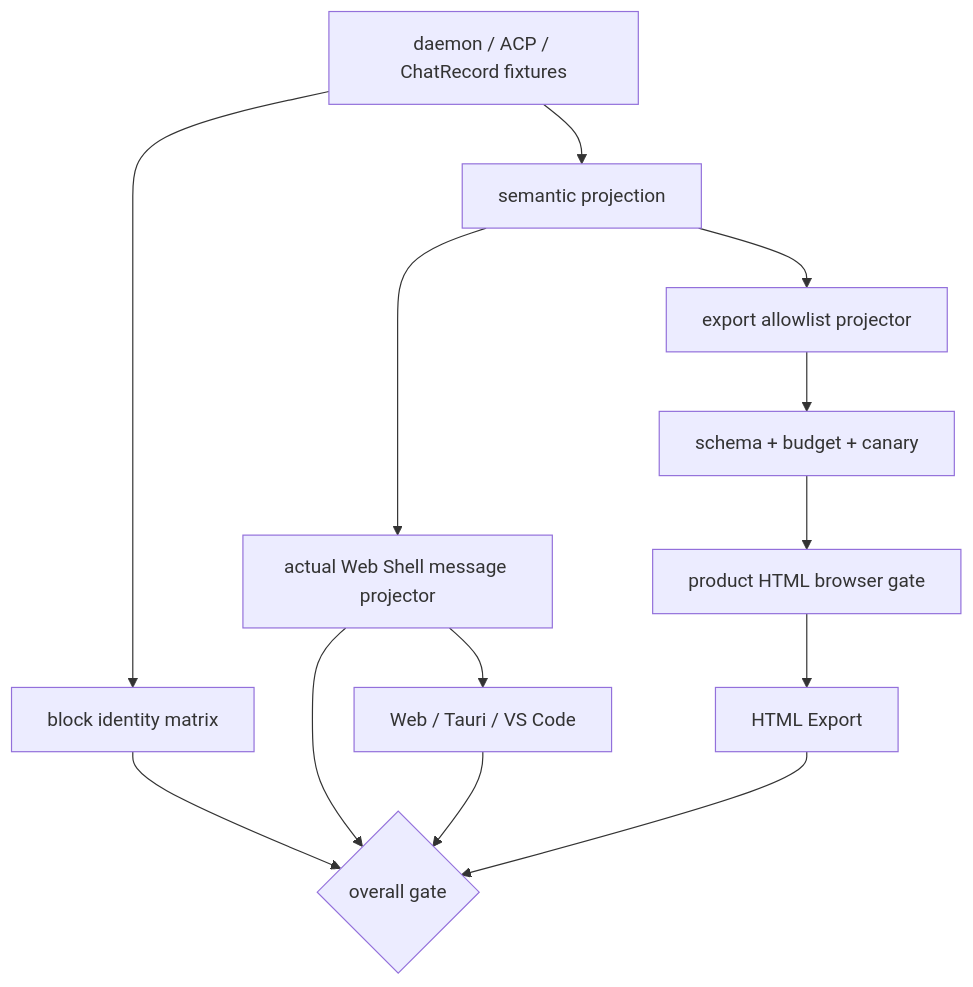
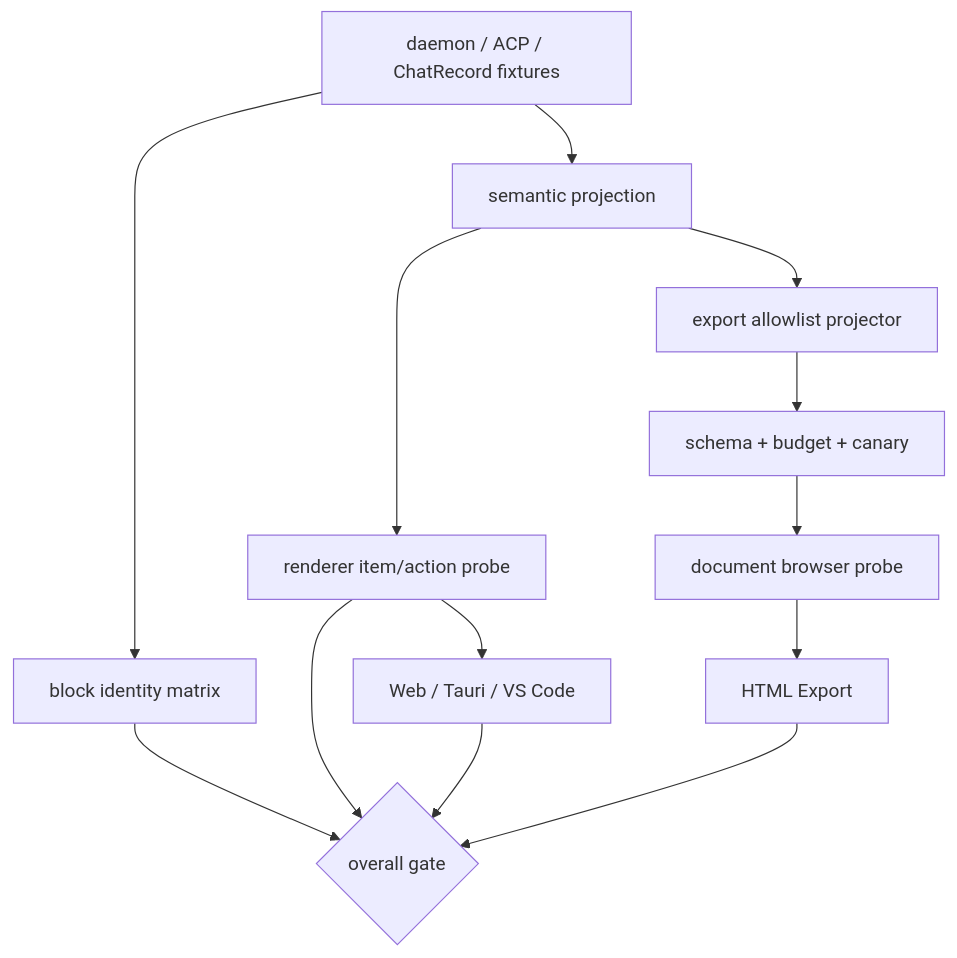
Before and after one commit to QwenLM/qwen-code: the second of 2 diagrams in docs/design/web-shell/chat-transcript-contract-prevalidation.md, drawn with Mermaid. The commit also changed other lines of this file and 87 other files, not shown here.

````diff
--- a/docs/design/web-shell/chat-transcript-contract-prevalidation.md
+++ b/docs/design/web-shell/chat-transcript-contract-prevalidation.md
@@ -710,15 +699,15 @@
 ```mermaid
 flowchart TD
   INPUTS["daemon / ACP / ChatRecord fixtures"] --> SEM["semantic projection"]
   INPUTS --> IDS["block identity matrix"]
-  SEM --> RENDER["actual Web Shell message projector"]
+  SEM --> RENDER["renderer item/action probe"]
   SEM --> EXPORT["export allowlist projector"]
   EXPORT --> SCHEMA["schema + budget + canary"]
-  SCHEMA --> BROWSER["product HTML browser gate"]
+  SCHEMA --> BROWSER["document browser probe"]
   RENDER --> HOSTS["Web / Tauri / VS Code"]
   BROWSER --> HTML["HTML Export"]
   IDS --> GATE{"overall gate"}
   RENDER --> GATE
   HOSTS --> GATE
   HTML --> GATE
 ```
````
